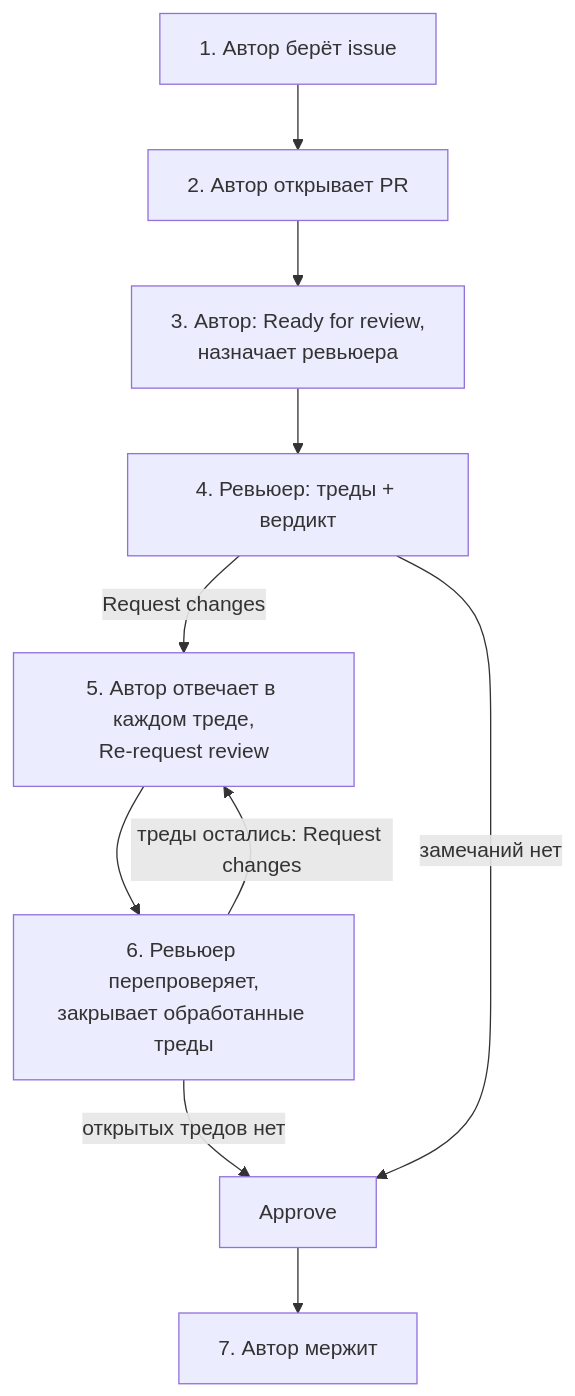
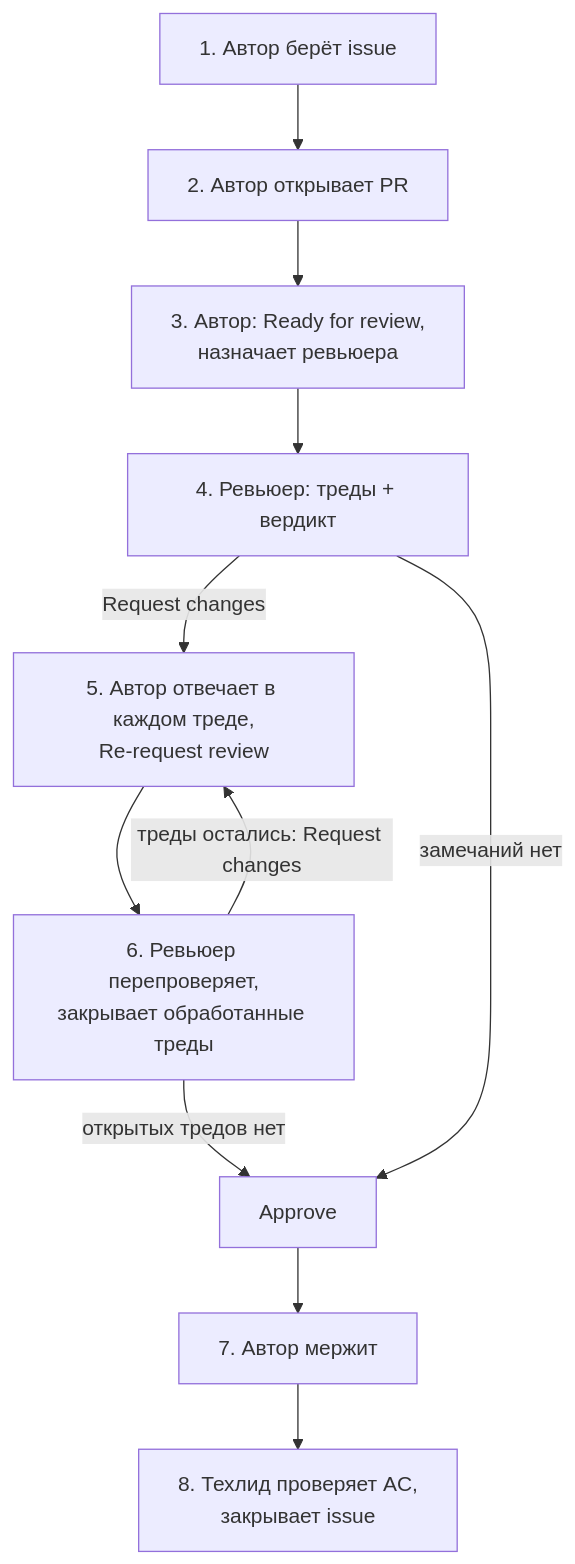
The diagram in docs/CONTRIBUTING.md (larchanka-training/dmc-268-api-t6), drawn with Mermaid before and after one commit. The commit also changed other lines of this file, not shown here.

````diff
--- a/docs/CONTRIBUTING.md
+++ b/docs/CONTRIBUTING.md
@@ -26,12 +26,13 @@
 ```mermaid
 flowchart TD
   take["1. Автор берёт issue"] --> pr["2. Автор открывает PR"]
   pr --> ready["3. Автор: Ready for review,<br/>назначает ревьюера"]
   ready --> review["4. Ревьюер: треды + вердикт"]
   review -->|Request changes| answer["5. Автор отвечает в каждом треде,<br/>Re-request review"]
   answer --> recheck["6. Ревьюер перепроверяет,<br/>закрывает обработанные треды"]
   recheck -->|треды остались: Request changes| answer
   recheck -->|открытых тредов нет| approve["Approve"]
   review -->|замечаний нет| approve
   approve --> merge["7. Автор мержит"]
+  merge --> accept["8. Техлид проверяет AC,<br/>закрывает issue"]
 ```
````
